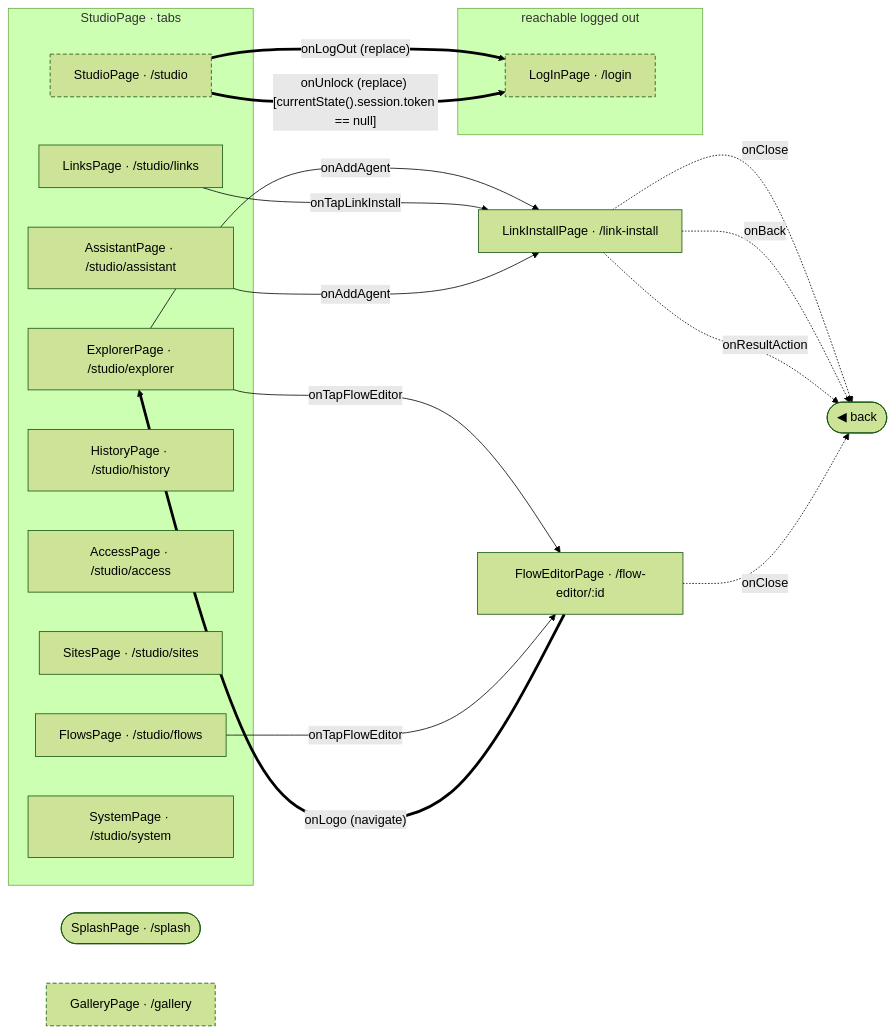
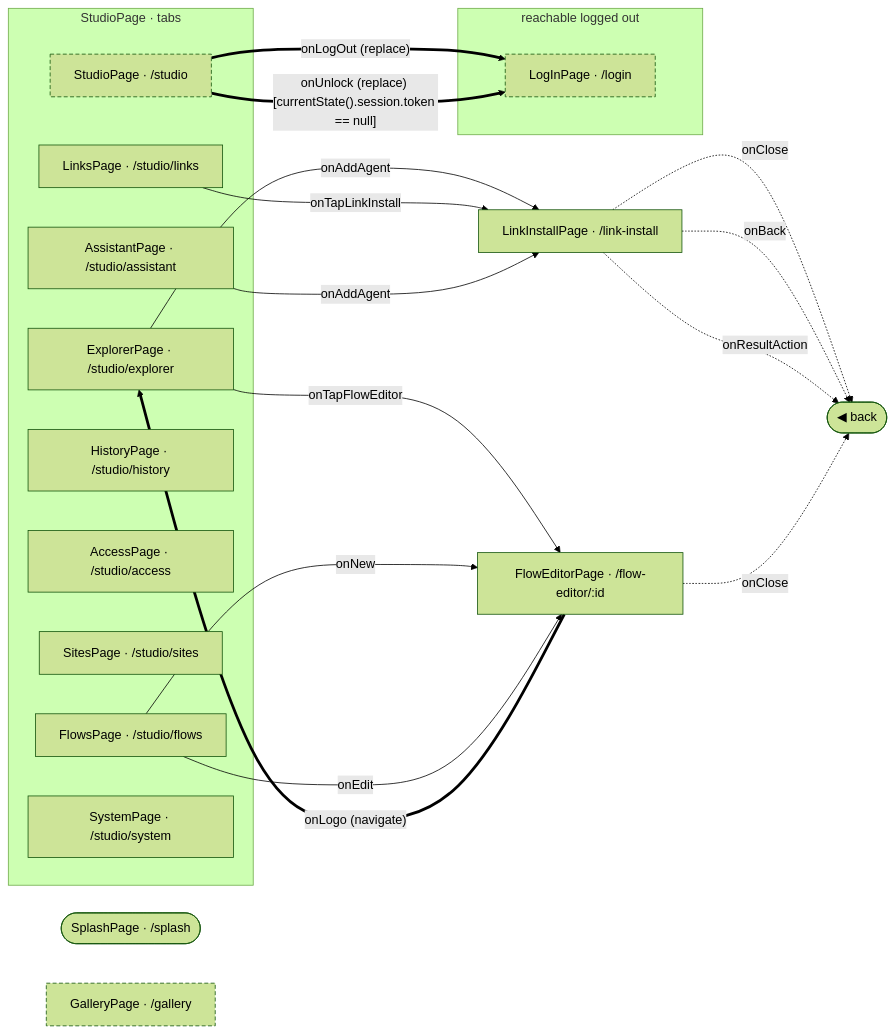
One commit to gencto/wyrm changed the diagram in studio/docs/flows/README.md. Above: the diagram before and after it, drawn with Mermaid (forest theme). The commit also changed other lines of this file and 10 other files, not shown here.

First line of the commit message:
studio: flows: typed rows, words in ui, a typed reason for what is disabled

````diff
--- a/studio/docs/flows/README.md
+++ b/studio/docs/flows/README.md
@@ -7,38 +7,39 @@
 ```mermaid
 flowchart LR
     subgraph frxPublic["reachable logged out"]
         logIn["LogInPage · /login"]
     end
     splash(["SplashPage · /splash"])
     gallery["GalleryPage · /gallery"]
     subgraph frxTabs_studio["StudioPage · tabs"]
         studio["StudioPage · /studio"]
         explorer["ExplorerPage · /studio/explorer"]
         links["LinksPage · /studio/links"]
         flows["FlowsPage · /studio/flows"]
         history["HistoryPage · /studio/history"]
         access["AccessPage · /studio/access"]
         sites["SitesPage · /studio/sites"]
         assistant["AssistantPage · /studio/assistant"]
         system["SystemPage · /studio/system"]
     end
     linkInstall["LinkInstallPage · /link-install"]
     flowEditor["FlowEditorPage · /flow-editor/:id"]
     frxBack(["◀ back"])
 
     studio ==>|"onLogOut (replace)"| logIn
     studio ==>|"onUnlock (replace) [currentState().session.token == null]"| logIn
     explorer -->|"onTapFlowEditor"| flowEditor
     explorer -->|"onAddAgent"| linkInstall
     links -->|"onTapLinkInstall"| linkInstall
-    flows -->|"onTapFlowEditor"| flowEditor
+    flows -->|"onNew"| flowEditor
+    flows -->|"onEdit"| flowEditor
     assistant -->|"onAddAgent"| linkInstall
     linkInstall -.->|"onClose"| frxBack
     linkInstall -.->|"onBack"| frxBack
     linkInstall -.->|"onResultAction"| frxBack
     flowEditor -.->|"onClose"| frxBack
     flowEditor ==>|"onLogo (navigate)"| explorer
 
     classDef frxEntry stroke-dasharray: 5 3
     class logIn,gallery,studio frxEntry
 ```
````
